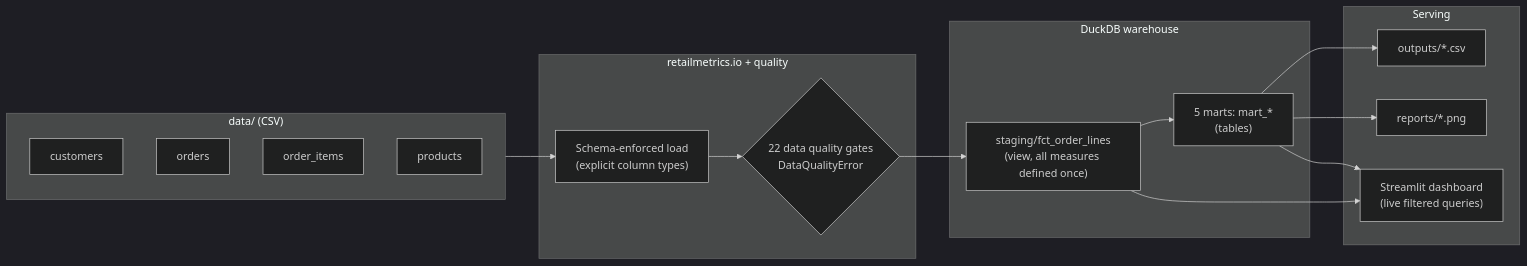
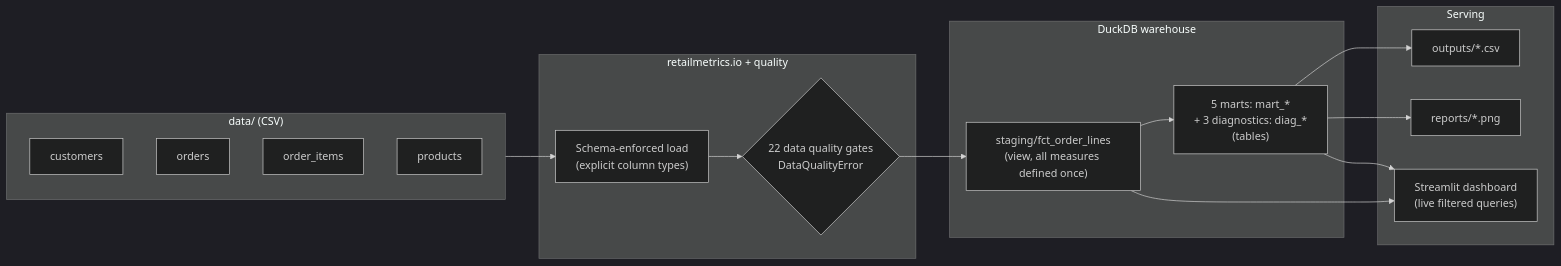
One commit to lllexalllepexa/portfolio-retailmetrics changed the diagram in README.md. Above: the diagram before and after it, drawn with Mermaid (dark theme). The commit also changed other lines of this file and 20 other files, not shown here.

````diff
--- a/README.md
+++ b/README.md
@@ -94,22 +98,22 @@
 ```mermaid
 flowchart LR
     subgraph Raw["data/ (CSV)"]
         C[customers] & O[orders] & OI[order_items] & P[products]
     end
     subgraph Load["retailmetrics.io + quality"]
         L["Schema-enforced load<br/>(explicit column types)"]
         Q{"22 data quality gates<br/>DataQualityError"}
     end
     subgraph Model["DuckDB warehouse"]
         S["staging/fct_order_lines<br/>(view, all measures defined once)"]
-        M["5 marts: mart_*<br/>(tables)"]
+        M["5 marts: mart_*<br/>+ 3 diagnostics: diag_*<br/>(tables)"]
     end
     subgraph Serve["Serving"]
         CSV["outputs/*.csv"]
         PNG["reports/*.png"]
         APP["Streamlit dashboard<br/>(live filtered queries)"]
     end
     Raw --> L --> Q --> S --> M
     M --> CSV & PNG
     S & M --> APP
 ```
````
